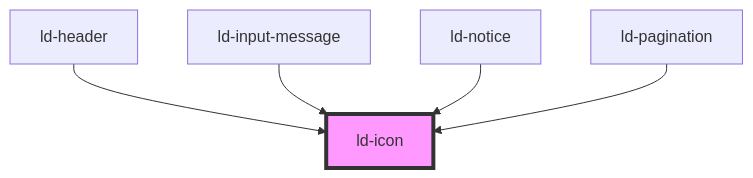
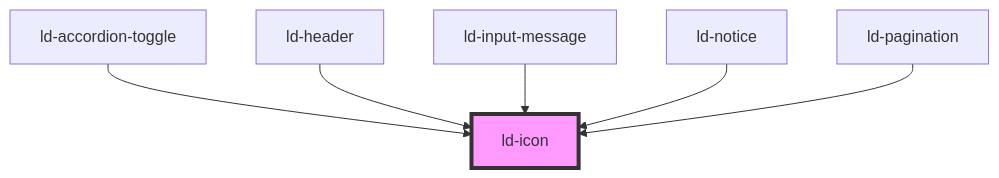
Before and after one commit to emdgroup-liquid/liquid: the diagram in src/liquid/components/ld-icon/readme.md, drawn with Mermaid. The commit also changed other lines of this file and 36 other files, not shown here.

````diff
--- a/src/liquid/components/ld-icon/readme.md
+++ b/src/liquid/components/ld-icon/readme.md
@@ -284,8 +285,9 @@
 ```mermaid
 graph TD;
+  ld-accordion-toggle --> ld-icon
   ld-header --> ld-icon
   ld-input-message --> ld-icon
   ld-notice --> ld-icon
   ld-pagination --> ld-icon
   style ld-icon fill:#f9f,stroke:#333,stroke-width:4px
 ```
````
